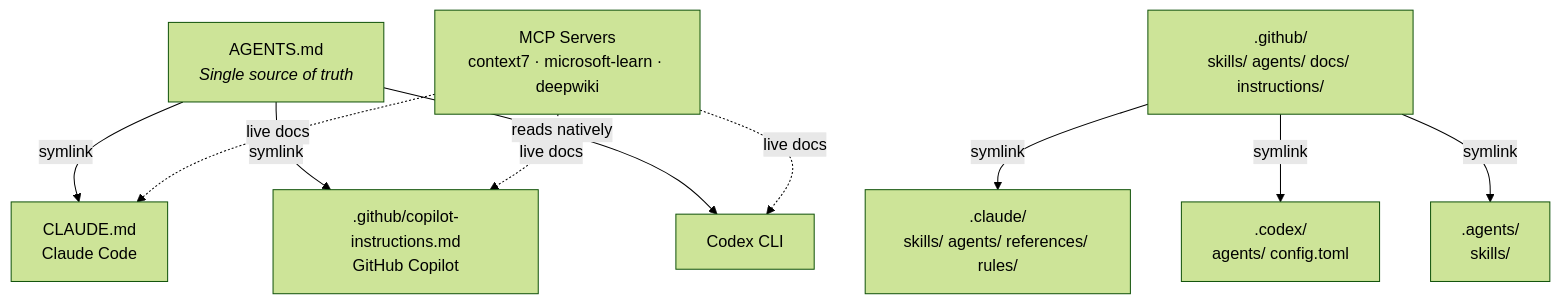
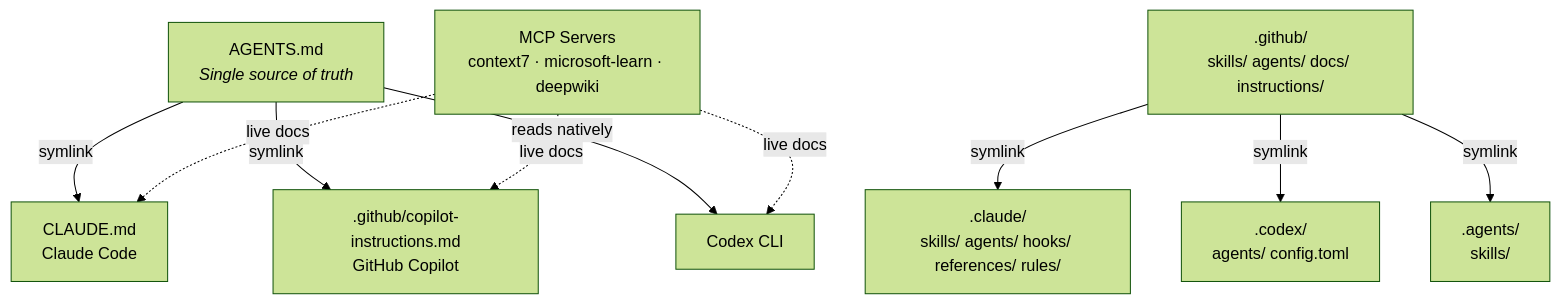
One commit to o9-9/vibes-skills changed the diagram in README.md. Above: the diagram before and after it, drawn with Mermaid (forest theme). The commit also changed other lines of this file and 2 other files, not shown here.

Commit message:
docs: add hooks directory and settings to repo structure documentation
Update AGENTS.md tree and architecture bullets, README.md mermaid diagram
and key decisions, and repository-conventions.md with new Hooks subsection.

````diff
--- a/README.md
+++ b/README.md
@@ -82,18 +82,18 @@
 ```mermaid
 graph TD
     AGENTS["AGENTS.md<br/><i>Single source of truth</i>"]
 
     AGENTS -->|symlink| CLAUDE["CLAUDE.md<br/>Claude Code"]
     AGENTS -->|symlink| COPILOT[".github/copilot-instructions.md<br/>GitHub Copilot"]
     AGENTS -->|reads natively| CODEX["Codex CLI"]
 
     GH[".github/<br/>skills/ agents/ docs/ instructions/"]
-    GH -->|symlink| CLAUDE_DIR[".claude/<br/>skills/ agents/ references/ rules/"]
+    GH -->|symlink| CLAUDE_DIR[".claude/<br/>skills/ agents/ hooks/ references/ rules/"]
     GH -->|symlink| CODEX_DIR[".codex/<br/>agents/ config.toml"]
     GH -->|symlink| AGENTS_DIR[".agents/<br/>skills/"]
 
     MCP["MCP Servers<br/>context7 · microsoft-learn · deepwiki"]
     MCP -.->|live docs| CLAUDE
     MCP -.->|live docs| COPILOT
     MCP -.->|live docs| CODEX
 ```
````
